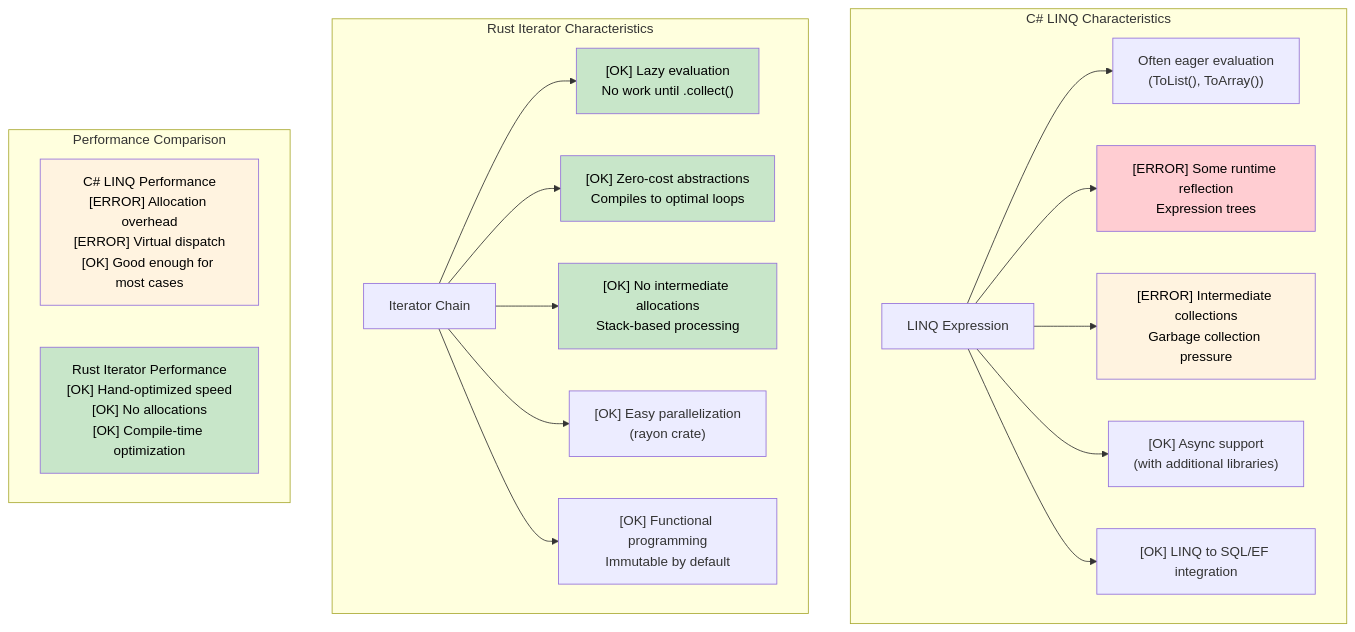
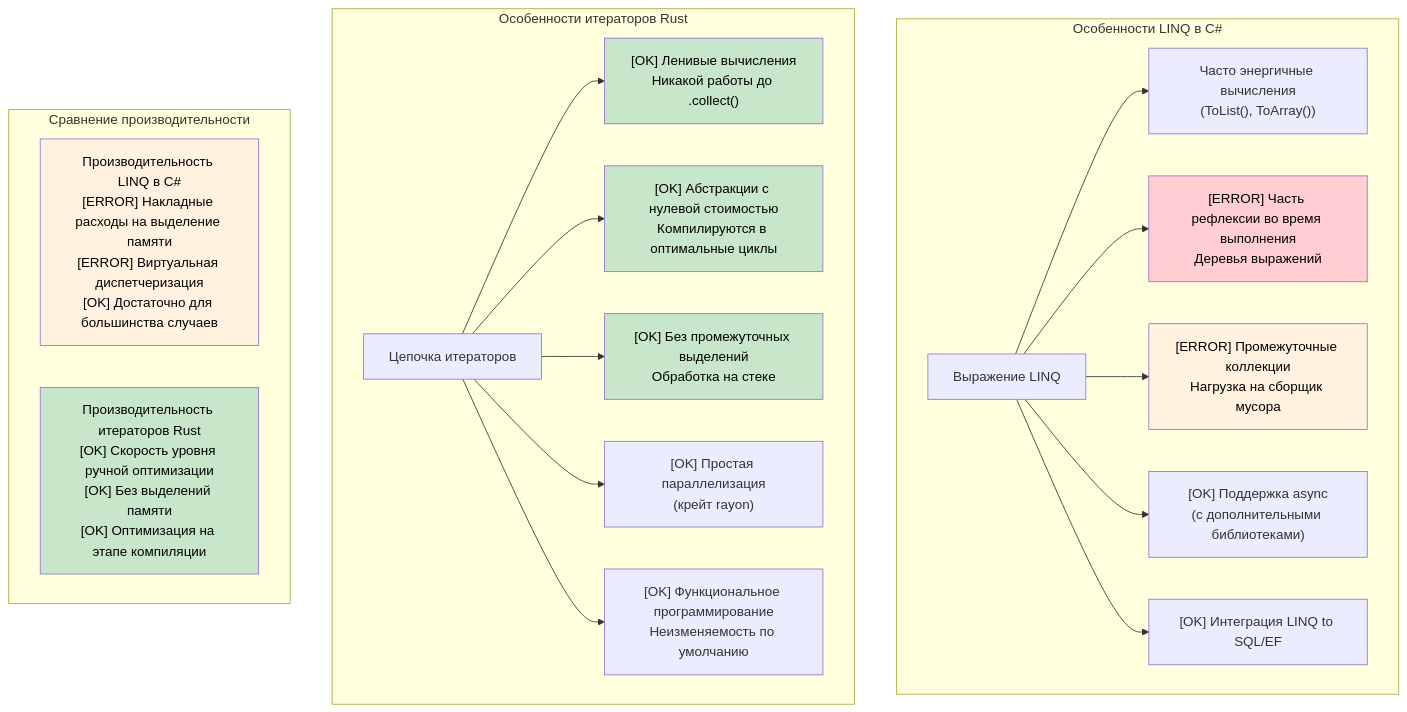
One commit to r007/RustTraining-Rus changed the diagram in csharp-book/src/ch12-closures-and-iterators.md. Above: the diagram before and after it, drawn with Mermaid. The commit also changed other lines of this file and 13 other files, not shown here.

````diff
--- a/csharp-book/src/ch12-closures-and-iterators.md
+++ b/csharp-book/src/ch12-closures-and-iterators.md
@@ -183,45 +183,45 @@
 ```mermaid
 graph TD
-    subgraph "C# LINQ Characteristics"
-        CS_LINQ["LINQ Expression"]
-        CS_EAGER["Often eager evaluation<br/>(ToList(), ToArray())"]
-        CS_REFLECTION["[ERROR] Some runtime reflection<br/>Expression trees"]
-        CS_ALLOCATIONS["[ERROR] Intermediate collections<br/>Garbage collection pressure"]
-        CS_ASYNC["[OK] Async support<br/>(with additional libraries)"]
-        CS_SQL["[OK] LINQ to SQL/EF integration"]
+    subgraph "Особенности LINQ в C#"
+        CS_LINQ["Выражение LINQ"]
+        CS_EAGER["Часто энергичные вычисления<br/>(ToList(), ToArray())"]
+        CS_REFLECTION["[ERROR] Часть рефлексии во время выполнения<br/>Деревья выражений"]
+        CS_ALLOCATIONS["[ERROR] Промежуточные коллекции<br/>Нагрузка на сборщик мусора"]
+        CS_ASYNC["[OK] Поддержка async<br/>(с дополнительными библиотеками)"]
+        CS_SQL["[OK] Интеграция LINQ to SQL/EF"]
         
         CS_LINQ --> CS_EAGER
         CS_LINQ --> CS_REFLECTION
         CS_LINQ --> CS_ALLOCATIONS
         CS_LINQ --> CS_ASYNC
         CS_LINQ --> CS_SQL
     end
     
-    subgraph "Rust Iterator Characteristics"
-        RUST_ITER["Iterator Chain"]
-        RUST_LAZY["[OK] Lazy evaluation<br/>No work until .collect()"]
-        RUST_ZERO["[OK] Zero-cost abstractions<br/>Compiles to optimal loops"]
-        RUST_NO_ALLOC["[OK] No intermediate allocations<br/>Stack-based processing"]
-        RUST_PARALLEL["[OK] Easy parallelization<br/>(rayon crate)"]
-        RUST_FUNCTIONAL["[OK] Functional programming<br/>Immutable by default"]
+    subgraph "Особенности итераторов Rust"
+        RUST_ITER["Цепочка итераторов"]
+        RUST_LAZY["[OK] Ленивые вычисления<br/>Никакой работы до .collect()"]
+        RUST_ZERO["[OK] Абстракции с нулевой стоимостью<br/>Компилируются в оптимальные циклы"]
+        RUST_NO_ALLOC["[OK] Без промежуточных выделений<br/>Обработка на стеке"]
+        RUST_PARALLEL["[OK] Простая параллелизация<br/>(крейт rayon)"]
+        RUST_FUNCTIONAL["[OK] Функциональное программирование<br/>Неизменяемость по умолчанию"]
         
         RUST_ITER --> RUST_LAZY
         RUST_ITER --> RUST_ZERO
         RUST_ITER --> RUST_NO_ALLOC
         RUST_ITER --> RUST_PARALLEL
         RUST_ITER --> RUST_FUNCTIONAL
     end
     
-    subgraph "Performance Comparison"
-        CS_PERF["C# LINQ Performance<br/>[ERROR] Allocation overhead<br/>[ERROR] Virtual dispatch<br/>[OK] Good enough for most cases"]
-        RUST_PERF["Rust Iterator Performance<br/>[OK] Hand-optimized speed<br/>[OK] No allocations<br/>[OK] Compile-time optimization"]
+    subgraph "Сравнение производительности"
+        CS_PERF["Производительность LINQ в C#<br/>[ERROR] Накладные расходы на выделение памяти<br/>[ERROR] Виртуальная диспетчеризация<br/>[OK] Достаточно для большинства случаев"]
+        RUST_PERF["Производительность итераторов Rust<br/>[OK] Скорость уровня ручной оптимизации<br/>[OK] Без выделений памяти<br/>[OK] Оптимизация на этапе компиляции"]
     end
     
     style CS_REFLECTION fill:#ffcdd2,color:#000
     style CS_ALLOCATIONS fill:#fff3e0,color:#000
     style RUST_ZERO fill:#c8e6c9,color:#000
     style RUST_LAZY fill:#c8e6c9,color:#000
     style RUST_NO_ALLOC fill:#c8e6c9,color:#000
     style CS_PERF fill:#fff3e0,color:#000
     style RUST_PERF fill:#c8e6c9,color:#000
 ```
````
